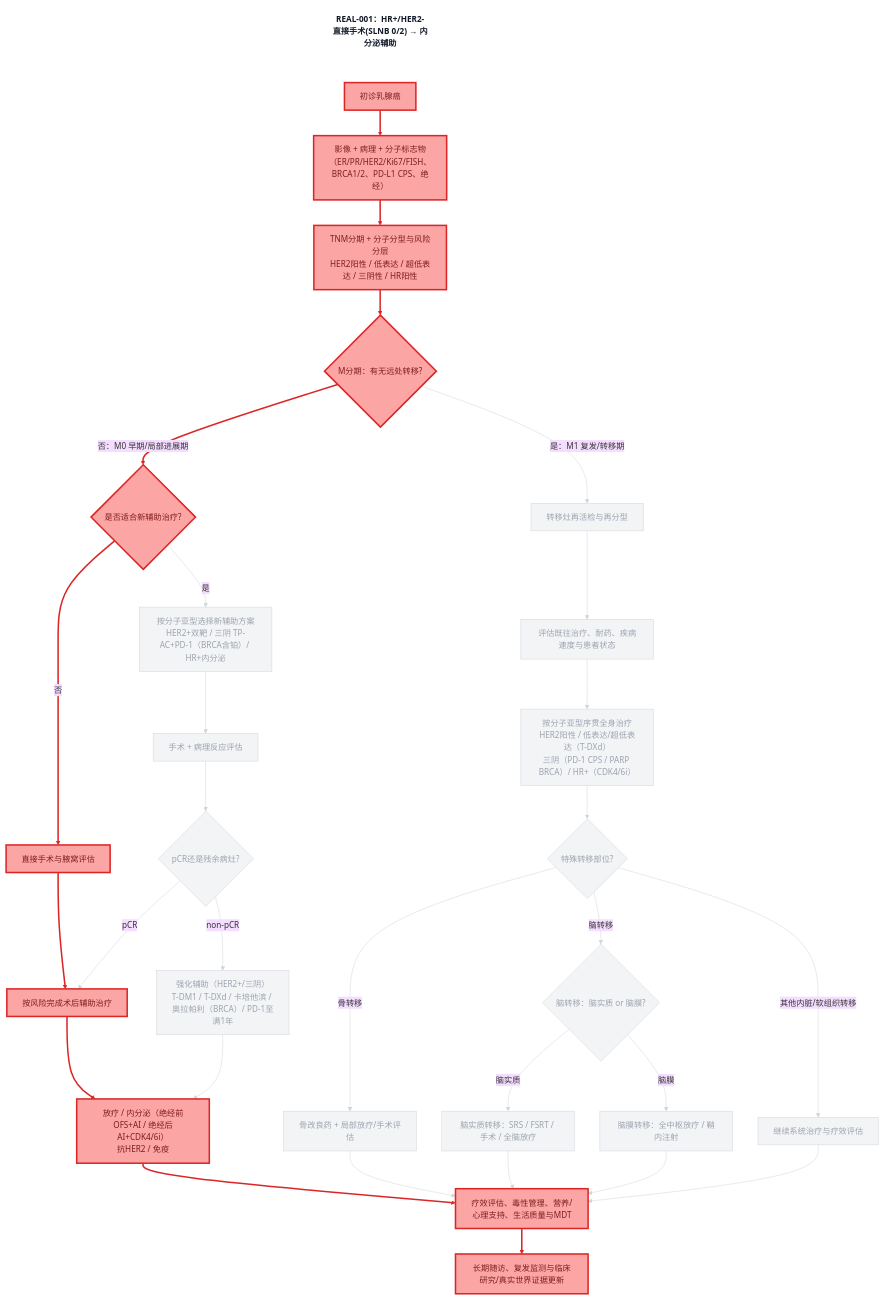
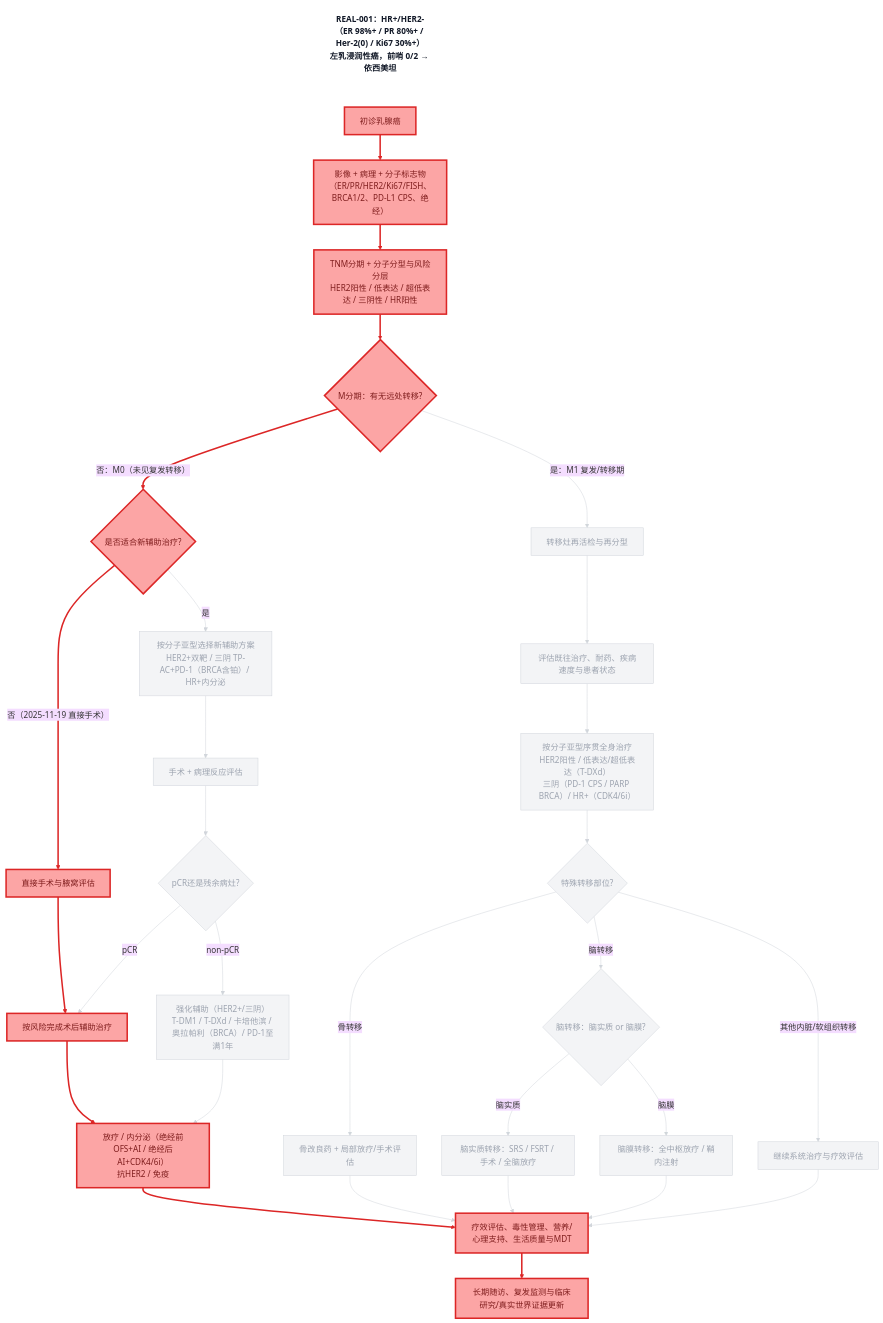
The diagram in diagrams/decision-chain-REAL-001.mmd (dongjb741280/breast-cancer), drawn with Mermaid (base theme) before and after one commit. The commit also changed 21 other files, not shown here.

First line of the commit message:
Show raw evidence on decision-chain diagrams

```diff
--- a/diagrams/decision-chain-REAL-001.mmd
+++ b/diagrams/decision-chain-REAL-001.mmd
@@ -1,109 +1,109 @@
 graph TD
-    TITLE["REAL-001：HR+/HER2-<br/>直接手术(SLNB 0/2) → 内分泌辅助"]
+    TITLE["REAL-001：HR+/HER2-（ER 98%+ / PR 80%+ / Her-2(0) / Ki67 30%+）<br/>左乳浸润性癌，前哨 0/2 → 依西美坦"]
     A[初诊乳腺癌]
     B[影像 + 病理 + 分子标志物<br/>（ER/PR/HER2/Ki67/FISH、BRCA1/2、PD-L1 CPS、绝经）]
     C[TNM分期 + 分子分型与风险分层<br/>HER2阳性 / 低表达 / 超低表达 / 三阴性 / HR阳性]
     D{M分期：有无远处转移?}
     E{是否适合新辅助治疗?}
     F[按分子亚型选择新辅助方案<br/>HER2+双靶 / 三阴 TP-AC+PD-1（BRCA含铂）/ HR+内分泌]
     G[直接手术与腋窝评估]
     H[手术 + 病理反应评估]
     I{pCR还是残余病灶?}
     J[按风险完成术后辅助治疗]
     K[强化辅助（HER2+/三阴）<br/>T-DM1 / T-DXd / 卡培他滨 / 奥拉帕利（BRCA）/ PD-1至满1年]
     L[放疗 / 内分泌（绝经前OFS+AI / 绝经后AI+CDK4/6i）<br/>抗HER2 / 免疫]
     M[转移灶再活检与再分型]
     N[评估既往治疗、耐药、疾病速度与患者状态]
     O[按分子亚型序贯全身治疗<br/>HER2阳性 / 低表达/超低表达（T-DXd）<br/>三阴（PD-1 CPS / PARP BRCA）/ HR+（CDK4/6i）]
     P{特殊转移部位?}
     Q[骨改良药 + 局部放疗/手术评估]
     R{脑转移：脑实质 or 脑膜?}
     R1[脑实质转移：SRS / FSRT / 手术 / 全脑放疗]
     R2[脑膜转移：全中枢放疗 / 鞘内注射]
     S[继续系统治疗与疗效评估]
     T[疗效评估、毒性管理、营养/心理支持、生活质量与MDT]
     U[长期随访、复发监测与临床研究/真实世界证据更新]
     A --> B
     B --> C
     C --> D
-    D -->|否：M0 早期/局部进展期| E
+    D -->|否：M0（未见复发转移）| E
     E -->|是| F
-    E -->|否| G
+    E -->|否（2025-11-19 直接手术）| G
     F --> H
     G --> J
     H --> I
     I -->|pCR| J
     I -->|non-pCR| K
     J --> L
     K --> L
     D -->|是：M1 复发/转移期| M
     M --> N
     N --> O
     O --> P
     P -->|骨转移| Q
     P -->|脑转移| R
     P -->|其他内脏/软组织转移| S
     R -->|脑实质| R1
     R -->|脑膜| R2
     L --> T
     Q --> T
     R1 --> T
     R2 --> T
     S --> T
     T --> U
     TITLE ~~~ A
     classDef path fill:#fca5a5,stroke:#dc2626,color:#7f1d1d,stroke-width:3px;
     classDef dim fill:#f3f4f6,stroke:#d1d5db,color:#9ca3af,stroke-width:1px;
     classDef caption fill:#fff,stroke:none,color:#111827,font-weight:bold;
     class TITLE caption;
     class A path;
     class B path;
     class C path;
     class D path;
     class E path;
     class F dim;
     class G path;
     class H dim;
     class I dim;
     class J path;
     class K dim;
     class L path;
     class M dim;
     class N dim;
     class O dim;
     class P dim;
     class Q dim;
     class R dim;
     class R1 dim;
     class R2 dim;
     class S dim;
     class T path;
     class U path;
     linkStyle 0 stroke:#dc2626,stroke-width:3px;
     linkStyle 1 stroke:#dc2626,stroke-width:3px;
     linkStyle 2 stroke:#dc2626,stroke-width:3px;
     linkStyle 3 stroke:#dc2626,stroke-width:3px;
     linkStyle 4 stroke:#d1d5db,stroke-width:1px;
     linkStyle 5 stroke:#dc2626,stroke-width:3px;
     linkStyle 6 stroke:#d1d5db,stroke-width:1px;
     linkStyle 7 stroke:#dc2626,stroke-width:3px;
     linkStyle 8 stroke:#d1d5db,stroke-width:1px;
     linkStyle 9 stroke:#d1d5db,stroke-width:1px;
     linkStyle 10 stroke:#d1d5db,stroke-width:1px;
     linkStyle 11 stroke:#dc2626,stroke-width:3px;
     linkStyle 12 stroke:#d1d5db,stroke-width:1px;
     linkStyle 13 stroke:#d1d5db,stroke-width:1px;
     linkStyle 14 stroke:#d1d5db,stroke-width:1px;
     linkStyle 15 stroke:#d1d5db,stroke-width:1px;
     linkStyle 16 stroke:#d1d5db,stroke-width:1px;
     linkStyle 17 stroke:#d1d5db,stroke-width:1px;
     linkStyle 18 stroke:#d1d5db,stroke-width:1px;
     linkStyle 19 stroke:#d1d5db,stroke-width:1px;
     linkStyle 20 stroke:#d1d5db,stroke-width:1px;
     linkStyle 21 stroke:#d1d5db,stroke-width:1px;
     linkStyle 22 stroke:#dc2626,stroke-width:3px;
     linkStyle 23 stroke:#d1d5db,stroke-width:1px;
     linkStyle 24 stroke:#d1d5db,stroke-width:1px;
     linkStyle 25 stroke:#d1d5db,stroke-width:1px;
     linkStyle 26 stroke:#d1d5db,stroke-width:1px;
     linkStyle 27 stroke:#dc2626,stroke-width:3px;
```
